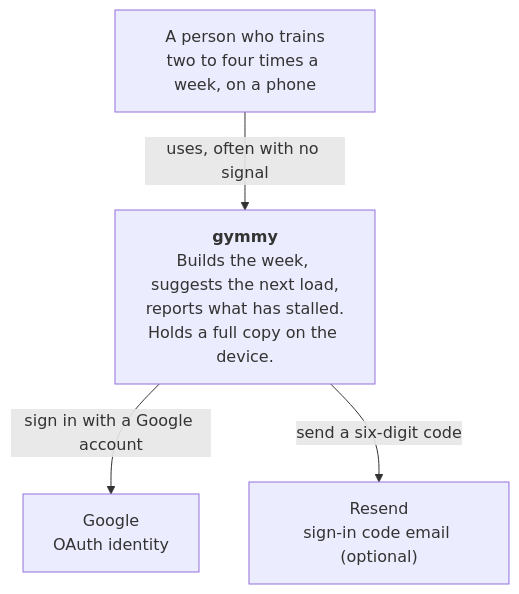
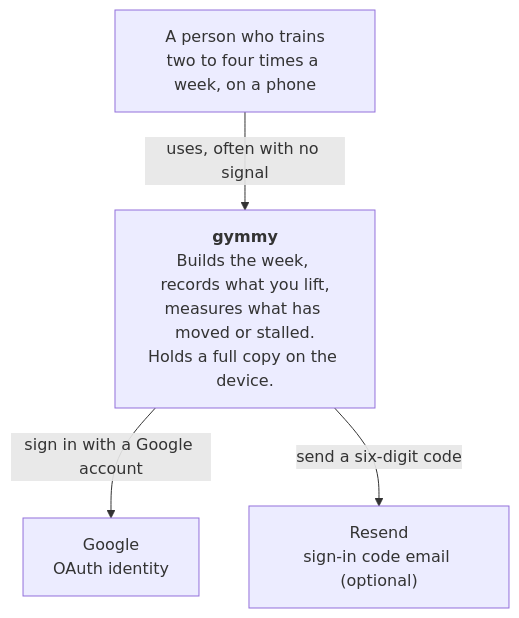
One commit to mark-balazs/gymmy changed the first of 3 diagrams in docs/architecture.md. Above: the diagram before and after it, drawn with Mermaid. The commit also changed other lines of this file and 46 other files, not shown here.

````diff
--- a/docs/architecture.md
+++ b/docs/architecture.md
@@ -5,11 +5,11 @@
 ```mermaid
 flowchart TB
     person["A person who trains<br/>two to four times a week, on a phone"]
-    gymmy["<b>gymmy</b><br/>Builds the week, suggests the next load,<br/>reports what has stalled.<br/>Holds a full copy on the device."]
+    gymmy["<b>gymmy</b><br/>Builds the week, records what you lift,<br/>measures what has moved or stalled.<br/>Holds a full copy on the device."]
     google["Google<br/>OAuth identity"]
     resend["Resend<br/>sign-in code email (optional)"]
 
     person -->|"uses, often with no signal"| gymmy
     gymmy -->|"sign in with a Google account"| google
     gymmy -->|"send a six-digit code"| resend
 ```
````
